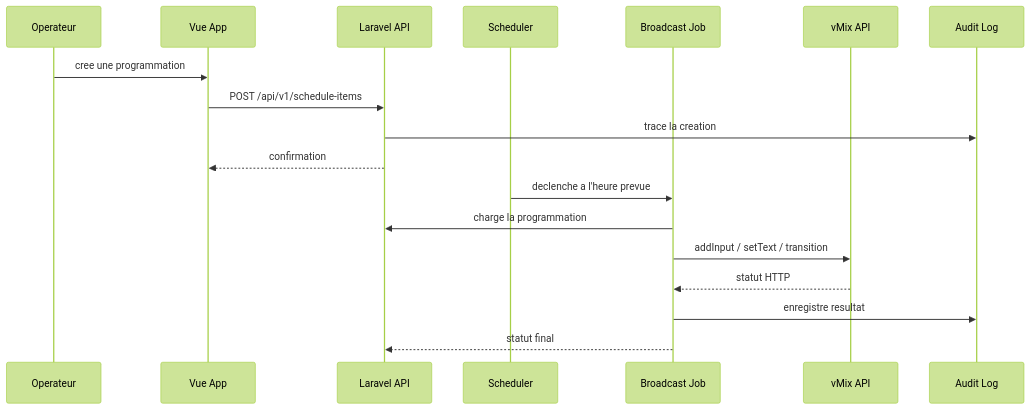
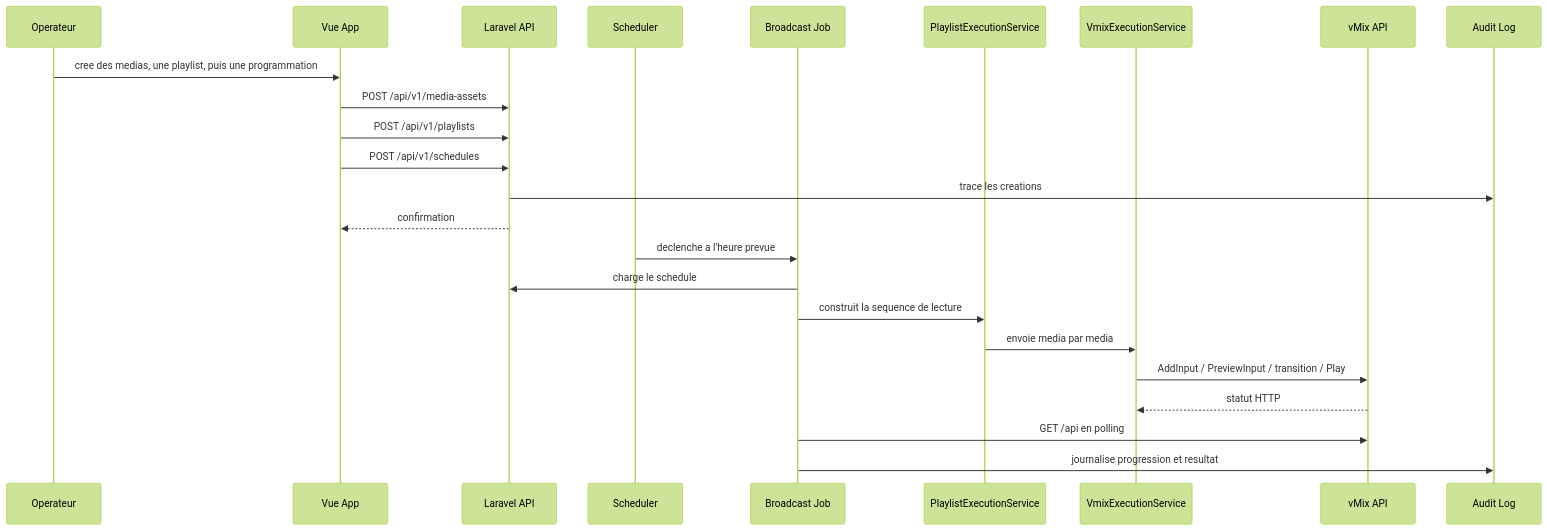
Before and after one commit to MJAK-43/balafon-tv-automation: the third of 4 diagrams in docs/poc-architecture.md, drawn with Mermaid (forest theme). The commit also changed other lines of this file and 171 other files, not shown here.

````diff
--- a/docs/poc-architecture.md
+++ b/docs/poc-architecture.md
@@ -278,22 +340,28 @@
 ```mermaid
 sequenceDiagram
     participant OP as Operateur
     participant UI as Vue App
     participant API as Laravel API
     participant SCH as Scheduler
     participant JOB as Broadcast Job
+    participant PLS as PlaylistExecutionService
+    participant VPS as VmixExecutionService
     participant VM as vMix API
     participant AUD as Audit Log
 
-    OP->>UI: cree une programmation
-    UI->>API: POST /api/v1/schedule-items
-    API->>AUD: trace la creation
+    OP->>UI: cree des medias, une playlist, puis une programmation
+    UI->>API: POST /api/v1/media-assets
+    UI->>API: POST /api/v1/playlists
+    UI->>API: POST /api/v1/schedules
+    API->>AUD: trace les creations
     API-->>UI: confirmation
 
     SCH->>JOB: declenche a l'heure prevue
-    JOB->>API: charge la programmation
-    JOB->>VM: addInput / setText / transition
-    VM-->>JOB: statut HTTP
-    JOB->>AUD: enregistre resultat
-    JOB-->>API: statut final
+    JOB->>API: charge le schedule
+    JOB->>PLS: construit la sequence de lecture
+    PLS->>VPS: envoie media par media
+    VPS->>VM: AddInput / PreviewInput / transition / Play
+    VM-->>VPS: statut HTTP
+    JOB->>VM: GET /api en polling
+    JOB->>AUD: journalise progression et resultat
 ```
````
